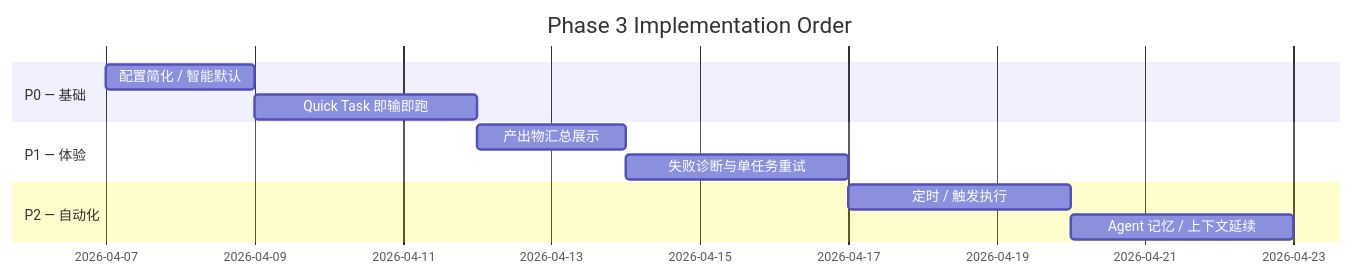
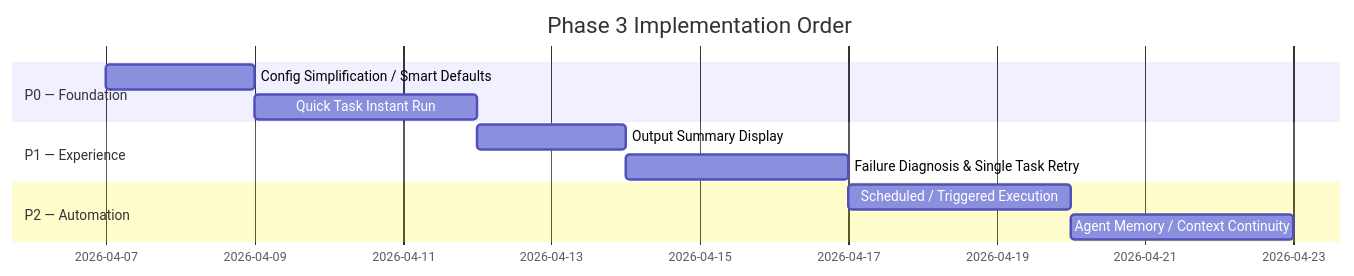
The second of 2 diagrams in docs/plans/2026-04-06-phase3-features.md (lchaoer/Polygents), drawn with Mermaid before and after one commit. The commit also changed other lines of this file and 4 other files, not shown here.

````diff
--- a/docs/plans/2026-04-06-phase3-features.md
+++ b/docs/plans/2026-04-06-phase3-features.md
@@ -263,17 +263,17 @@
 ```mermaid
 gantt
     title Phase 3 Implementation Order
     dateFormat YYYY-MM-DD
 
-    section P0 — 基础
-    配置简化 / 智能默认       :a1, 2026-04-07, 2d
-    Quick Task 即输即跑       :a2, after a1, 3d
+    section P0 — Foundation
+    Config Simplification / Smart Defaults   :a1, 2026-04-07, 2d
+    Quick Task Instant Run                   :a2, after a1, 3d
 
-    section P1 — 体验
-    产出物汇总展示             :b1, after a2, 2d
-    失败诊断与单任务重试       :b2, after b1, 3d
+    section P1 — Experience
+    Output Summary Display                   :b1, after a2, 2d
+    Failure Diagnosis & Single Task Retry    :b2, after b1, 3d
 
-    section P2 — 自动化
-    定时 / 触发执行            :c1, after b2, 3d
-    Agent 记忆 / 上下文延续    :c2, after c1, 3d
+    section P2 — Automation
+    Scheduled / Triggered Execution          :c1, after b2, 3d
+    Agent Memory / Context Continuity        :c2, after c1, 3d
 ```
````
